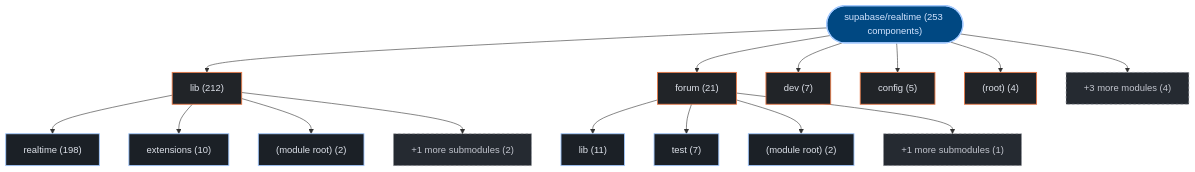
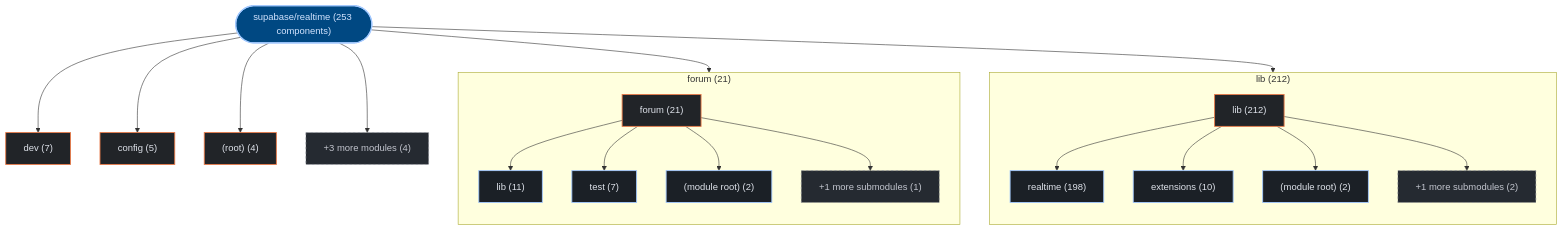
Before and after one commit to kumarshaz/atruss-code-atlas: the first of 3 diagrams in exports/latest/reports/supabase-realtime-report.md, drawn with Mermaid. The commit also changed 178 other files, not shown here.

Commit message:
feat(ui,mermaid): upgrade to mermaid v12 + ELK layout, add orgs-summary + pagination, subgraph building blocks, fix tab alignment

````diff
--- a/exports/latest/reports/supabase-realtime-report.md
+++ b/exports/latest/reports/supabase-realtime-report.md
@@ -42,39 +42,45 @@
 ```mermaid
 graph TD;
   classDef atlasRoot fill:#004882,stroke:#a3c9ff,stroke-width:2px,color:#d3e4ff
   classDef atlasCategory fill:#212428,stroke:#E87A48,stroke-width:1.5px,color:#dfe3eb
   classDef atlasWorkflow fill:#1b2026,stroke:#a3c9ff,stroke-width:1.5px,color:#dfe3eb
   classDef atlasJob fill:#171c22,stroke:#8d9199,stroke-width:1px,color:#dfe3eb
   classDef atlasTarget fill:#005227,stroke:#8bd99b,stroke-width:1.5px,color:#a7f6b6
   classDef atlasAlert fill:#93000a,stroke:#ffb4ab,stroke-width:1.5px,color:#ffdad6
   classDef atlasMore fill:#252a31,stroke:#8d9199,stroke-dasharray:4 4,color:#c3c6cf
     repo_root(["supabase/realtime (253 components)"]):::atlasRoot
-    dir_0_lib["lib (212)"]:::atlasCategory
+    subgraph sg_dir_0_lib["lib (212)"]
+      direction TB
+      dir_0_lib["lib (212)"]:::atlasCategory
+      sub_0_0_realtime["realtime (198)"]:::atlasWorkflow
+      dir_0_lib --> sub_0_0_realtime
+      sub_0_1_extensions["extensions (10)"]:::atlasWorkflow
+      dir_0_lib --> sub_0_1_extensions
+      sub_0_2__module_root_["(module root) (2)"]:::atlasWorkflow
+      dir_0_lib --> sub_0_2__module_root_
+      sub_0_more["+1 more submodules (2)"]:::atlasMore
+      dir_0_lib --> sub_0_more
+    end
     repo_root --> dir_0_lib
-    sub_0_0_realtime["realtime (198)"]:::atlasWorkflow
-    dir_0_lib --> sub_0_0_realtime
-    sub_0_1_extensions["extensions (10)"]:::atlasWorkflow
-    dir_0_lib --> sub_0_1_extensions
-    sub_0_2__module_root_["(module root) (2)"]:::atlasWorkflow
-    dir_0_lib --> sub_0_2__module_root_
-    sub_0_more["+1 more submodules (2)"]:::atlasMore
-    dir_0_lib --> sub_0_more
-    dir_1_forum["forum (21)"]:::atlasCategory
+    subgraph sg_dir_1_forum["forum (21)"]
+      direction TB
+      dir_1_forum["forum (21)"]:::atlasCategory
+      sub_1_0_lib["lib (11)"]:::atlasWorkflow
+      dir_1_forum --> sub_1_0_lib
+      sub_1_1_test["test (7)"]:::atlasWorkflow
+      dir_1_forum --> sub_1_1_test
+      sub_1_2__module_root_["(module root) (2)"]:::atlasWorkflow
+      dir_1_forum --> sub_1_2__module_root_
+      sub_1_more["+1 more submodules (1)"]:::atlasMore
+      dir_1_forum --> sub_1_more
+    end
     repo_root --> dir_1_forum
-    sub_1_0_lib["lib (11)"]:::atlasWorkflow
-    dir_1_forum --> sub_1_0_lib
-    sub_1_1_test["test (7)"]:::atlasWorkflow
-    dir_1_forum --> sub_1_1_test
-    sub_1_2__module_root_["(module root) (2)"]:::atlasWorkflow
-    dir_1_forum --> sub_1_2__module_root_
-    sub_1_more["+1 more submodules (1)"]:::atlasMore
-    dir_1_forum --> sub_1_more
     dir_2_dev["dev (7)"]:::atlasCategory
     repo_root --> dir_2_dev
     dir_3_config["config (5)"]:::atlasCategory
     repo_root --> dir_3_config
     dir_4__root_["(root) (4)"]:::atlasCategory
     repo_root --> dir_4__root_
     dir_other_modules["+3 more modules (4)"]:::atlasMore
     repo_root --> dir_other_modules
 ```
````
